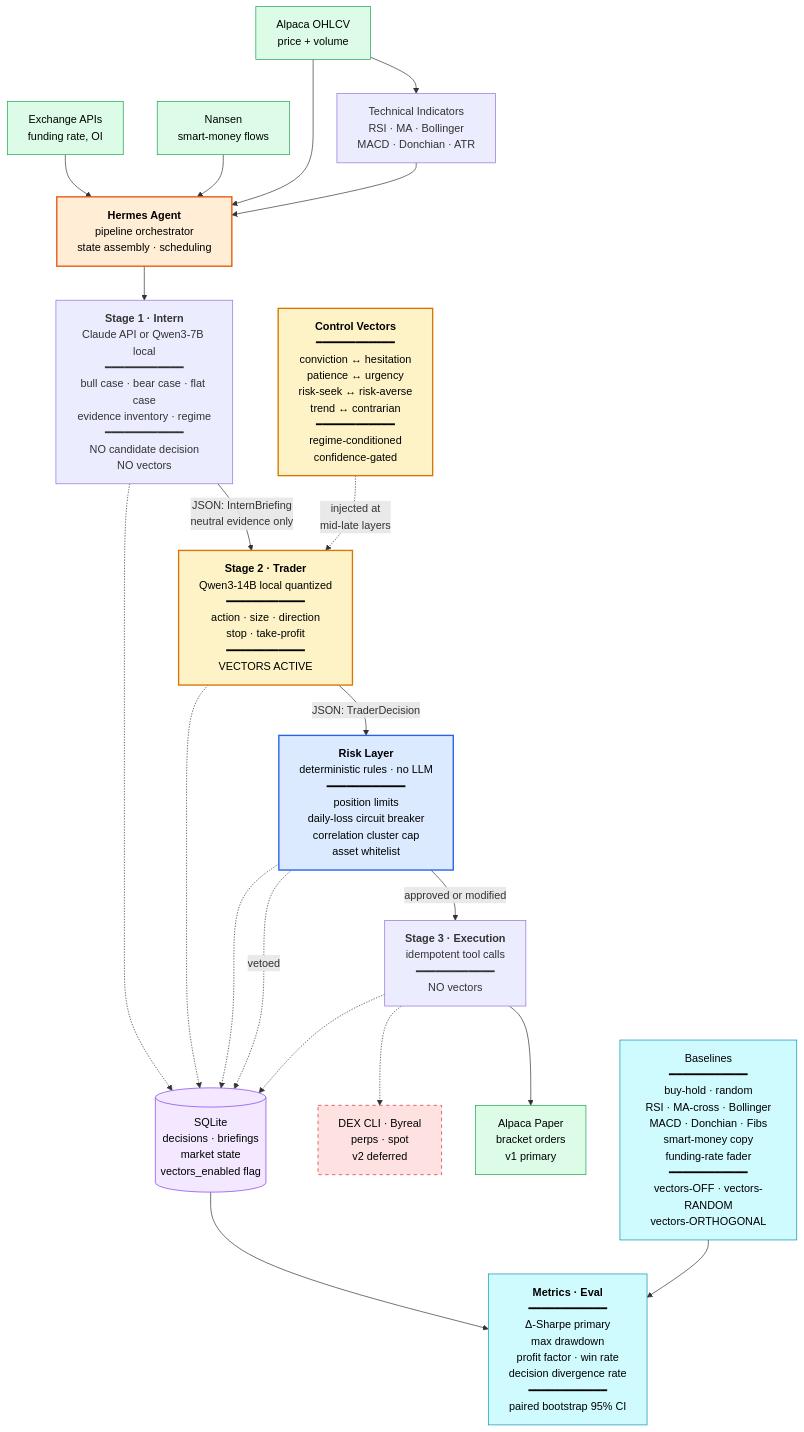
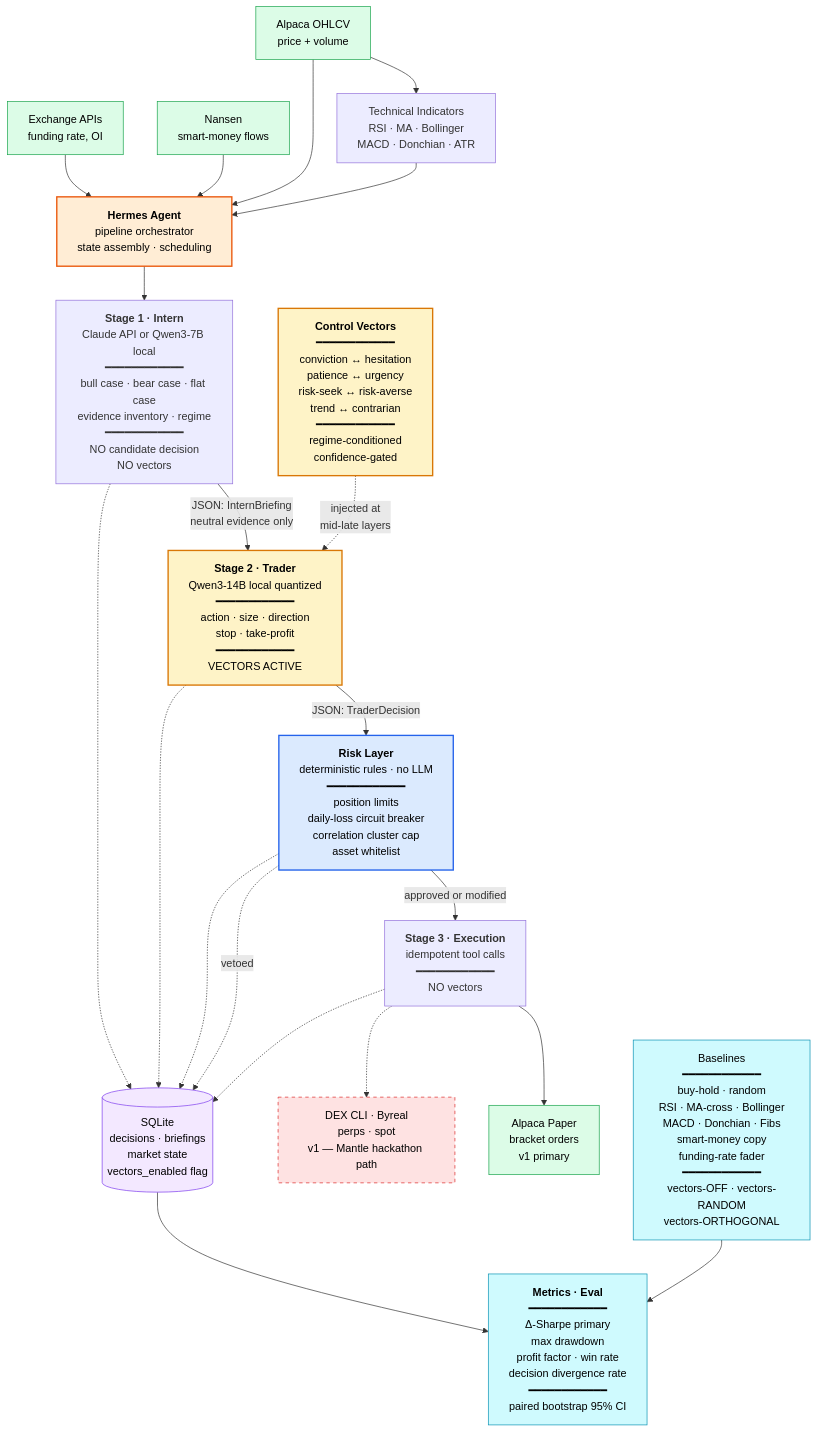
The diagram in architecture.md (latentwill/xvision), drawn with Mermaid before and after one commit. The commit also changed other lines of this file and 1 other file, not shown here.

First line of the commit message:
docs: Mantle hackathon integration — ERC-8004 + Byreal + mantle-skills

````diff
--- a/architecture.md
+++ b/architecture.md
@@ -59,69 +59,69 @@
 ```mermaid
 flowchart TD
     A1[Alpaca OHLCV<br/>price + volume]
     A2[Exchange APIs<br/>funding rate, OI]
     A3[Nansen<br/>smart-money flows]
 
     IND[Technical Indicators<br/>RSI · MA · Bollinger<br/>MACD · Donchian · ATR]
 
     HA[<b>Hermes Agent</b><br/>pipeline orchestrator<br/>state assembly · scheduling]
 
     S1[<b>Stage 1 · Intern</b><br/>Claude API or Qwen3-7B local<br/>━━━━━━━━━━━━<br/>bull case · bear case · flat case<br/>evidence inventory · regime<br/>━━━━━━━━━━━━<br/>NO candidate decision<br/>NO vectors]
 
     S2[<b>Stage 2 · Trader</b><br/>Qwen3-14B local quantized<br/>━━━━━━━━━━━━<br/>action · size · direction<br/>stop · take-profit<br/>━━━━━━━━━━━━<br/>VECTORS ACTIVE]
 
     CV[<b>Control Vectors</b><br/>━━━━━━━━━━━━<br/>conviction ↔ hesitation<br/>patience ↔ urgency<br/>risk-seek ↔ risk-averse<br/>trend ↔ contrarian<br/>━━━━━━━━━━━━<br/>regime-conditioned<br/>confidence-gated]
 
     R[<b>Risk Layer</b><br/>deterministic rules · no LLM<br/>━━━━━━━━━━━━<br/>position limits<br/>daily-loss circuit breaker<br/>correlation cluster cap<br/>asset whitelist]
 
     S3[<b>Stage 3 · Execution</b><br/>idempotent tool calls<br/>━━━━━━━━━━━━<br/>NO vectors]
     AP[Alpaca Paper<br/>bracket orders<br/>v1 primary]
-    DEX[DEX CLI · Byreal<br/>perps · spot<br/>v2 deferred]
+    DEX[DEX CLI · Byreal<br/>perps · spot<br/>v1 — Mantle hackathon path]
 
     DB[(SQLite<br/>decisions · briefings<br/>market state<br/>vectors_enabled flag)]
 
     M[<b>Metrics · Eval</b><br/>━━━━━━━━━━━━<br/>Δ-Sharpe primary<br/>max drawdown<br/>profit factor · win rate<br/>decision divergence rate<br/>━━━━━━━━━━━━<br/>paired bootstrap 95% CI]
 
     BL[Baselines<br/>━━━━━━━━━━━━<br/>buy-hold · random<br/>RSI · MA-cross · Bollinger<br/>MACD · Donchian · Fibs<br/>smart-money copy<br/>funding-rate fader<br/>━━━━━━━━━━━━<br/>vectors-OFF · vectors-RANDOM<br/>vectors-ORTHOGONAL]
 
     A1 --> IND
     A1 --> HA
     A2 --> HA
     A3 --> HA
     IND --> HA
 
     HA --> S1
     S1 -->|JSON: InternBriefing<br/>neutral evidence only| S2
     CV -.->|injected at<br/>mid-late layers| S2
     S2 -->|JSON: TraderDecision| R
 
     R -->|approved or modified| S3
     R -.->|vetoed| DB
 
     S3 --> AP
     S3 -.-> DEX
 
     S1 -.-> DB
     S2 -.-> DB
     R -.-> DB
     S3 -.-> DB
 
     DB --> M
     BL --> M
 
     classDef vectorOn fill:#fef3c7,stroke:#d97706,stroke-width:2px,color:#000
     classDef deterministic fill:#dbeafe,stroke:#2563eb,stroke-width:2px,color:#000
     classDef storage fill:#f3e8ff,stroke:#7c3aed,color:#000
     classDef external fill:#dcfce7,stroke:#16a34a,color:#000
     classDef deferred fill:#fee2e2,stroke:#dc2626,stroke-dasharray:5 5,color:#000
     classDef orchestrator fill:#ffedd5,stroke:#ea580c,stroke-width:2px,color:#000
     classDef eval fill:#cffafe,stroke:#0891b2,color:#000
 
     class S2,CV vectorOn
     class R deterministic
     class DB storage
     class A1,A2,A3,AP external
     class DEX deferred
     class HA orchestrator
     class M,BL eval
 ```
````
